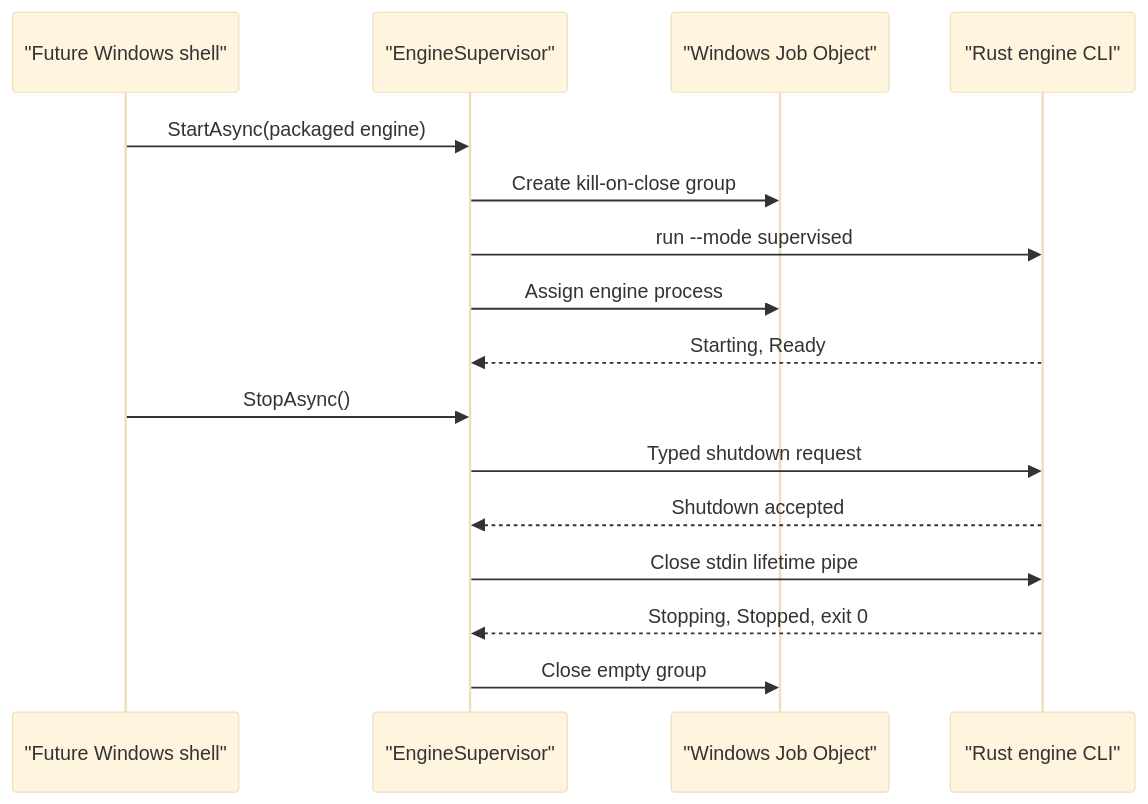
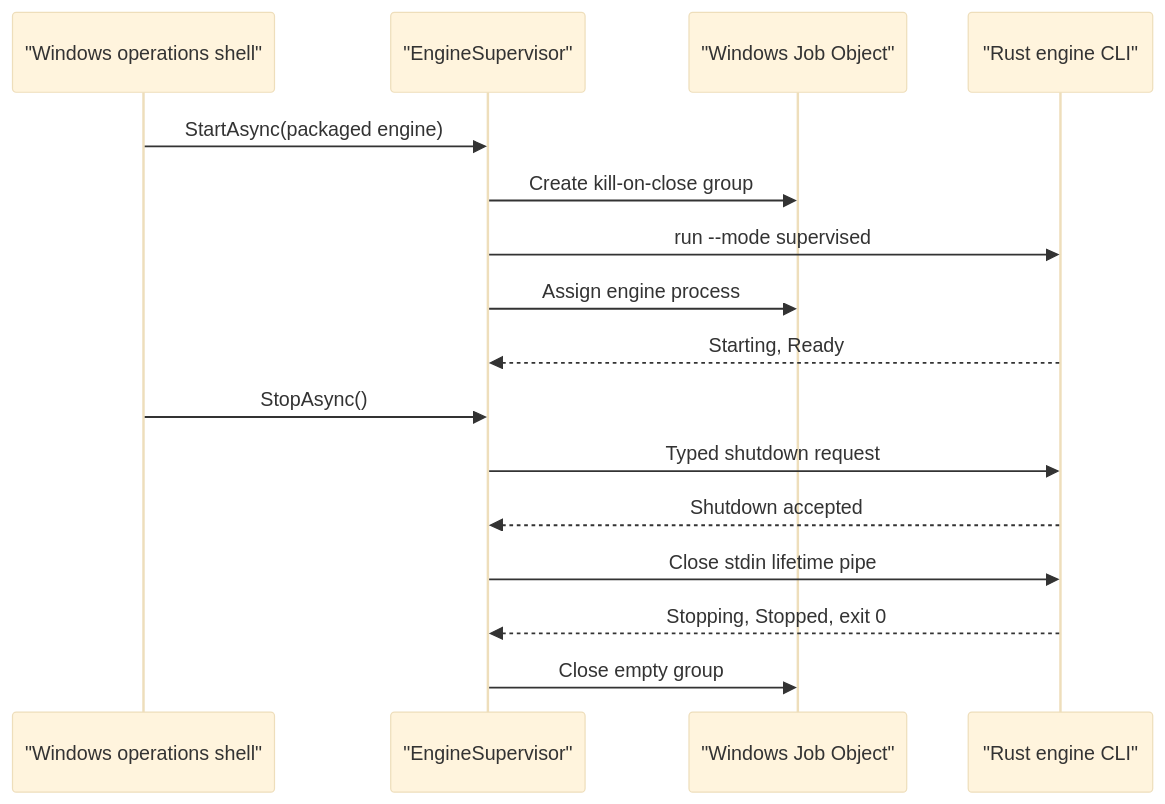
Before and after one commit to HusseinBaraja/Eitmad: the diagram in docs/developer/subsystems/windows-process-supervision.md, drawn with Mermaid (base theme). The commit also changed other lines of this file and 26 other files, not shown here.

Commit message:
feat(shell): add Arabic operations center

````diff
--- a/docs/developer/subsystems/windows-process-supervision.md
+++ b/docs/developer/subsystems/windows-process-supervision.md
@@ -37,18 +37,18 @@
 ```mermaid
 sequenceDiagram
-    participant Shell as "Future Windows shell"
+    participant Shell as "Windows operations shell"
     participant Supervisor as "EngineSupervisor"
     participant Job as "Windows Job Object"
     participant Engine as "Rust engine CLI"
     Shell->>Supervisor: StartAsync(packaged engine)
     Supervisor->>Job: Create kill-on-close group
     Supervisor->>Engine: run --mode supervised
     Supervisor->>Job: Assign engine process
     Engine-->>Supervisor: Starting, Ready
     Shell->>Supervisor: StopAsync()
     Supervisor->>Engine: Typed shutdown request
     Engine-->>Supervisor: Shutdown accepted
     Supervisor->>Engine: Close stdin lifetime pipe
     Engine-->>Supervisor: Stopping, Stopped, exit 0
     Supervisor->>Job: Close empty group
 ```
````
